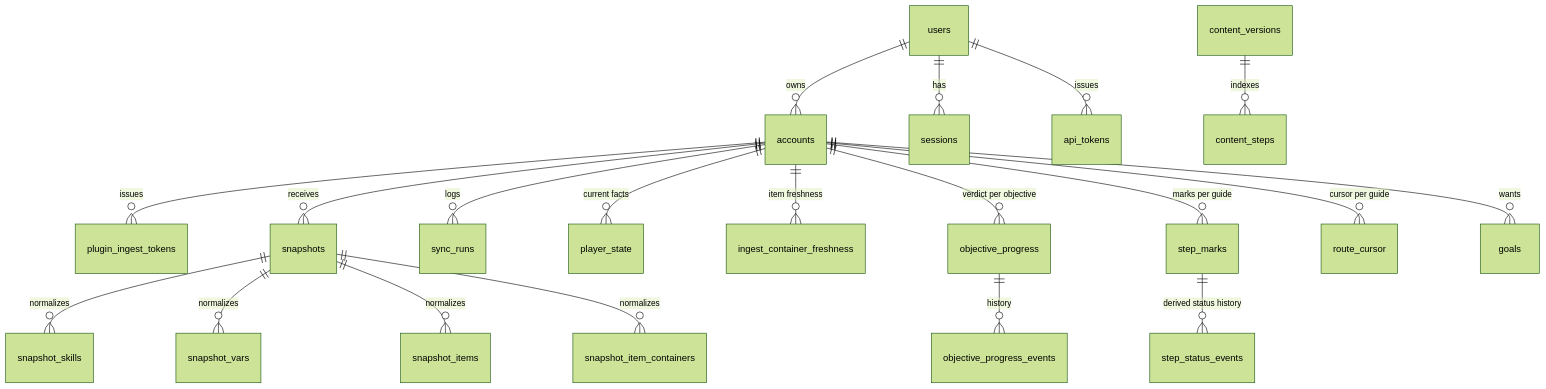
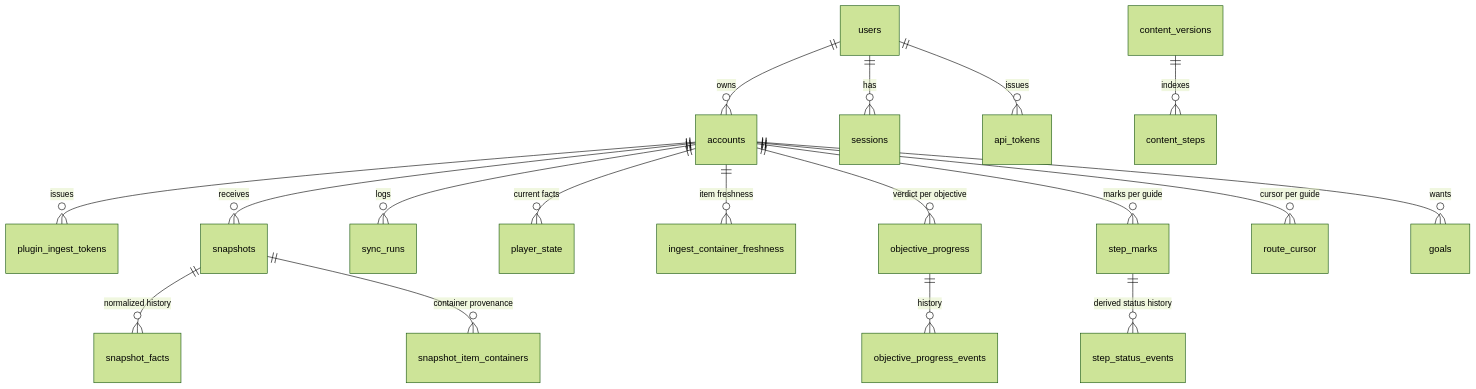
One commit to FelipeMalacarne/chronicle changed the third of 4 diagrams in docs/04-arquitetura.md. Above: the diagram before and after it, drawn with Mermaid (forest theme). The commit also changed other lines of this file and 2 other files, not shown here.

First line of the commit message:
Docs: revisão do modelo de dados: snapshot_facts, sobras da transição e caches

````diff
--- a/docs/04-arquitetura.md
+++ b/docs/04-arquitetura.md
@@ -296,22 +300,20 @@
 ```mermaid
 erDiagram
   users ||--o{ accounts : owns
   users ||--o{ sessions : has
   users ||--o{ api_tokens : issues
   accounts ||--o{ plugin_ingest_tokens : issues
   accounts ||--o{ snapshots : receives
   accounts ||--o{ sync_runs : logs
   accounts ||--o{ player_state : "current facts"
   accounts ||--o{ ingest_container_freshness : "item freshness"
   accounts ||--o{ objective_progress : "verdict per objective"
   accounts ||--o{ step_marks : "marks per guide"
   accounts ||--o{ route_cursor : "cursor per guide"
   accounts ||--o{ goals : wants
-  snapshots ||--o{ snapshot_skills : normalizes
-  snapshots ||--o{ snapshot_vars : normalizes
-  snapshots ||--o{ snapshot_items : normalizes
-  snapshots ||--o{ snapshot_item_containers : normalizes
+  snapshots ||--o{ snapshot_facts : "normalized history"
+  snapshots ||--o{ snapshot_item_containers : "container provenance"
   content_versions ||--o{ content_steps : indexes
   objective_progress ||--o{ objective_progress_events : history
   step_marks ||--o{ step_status_events : "derived status history"
 ```
````
